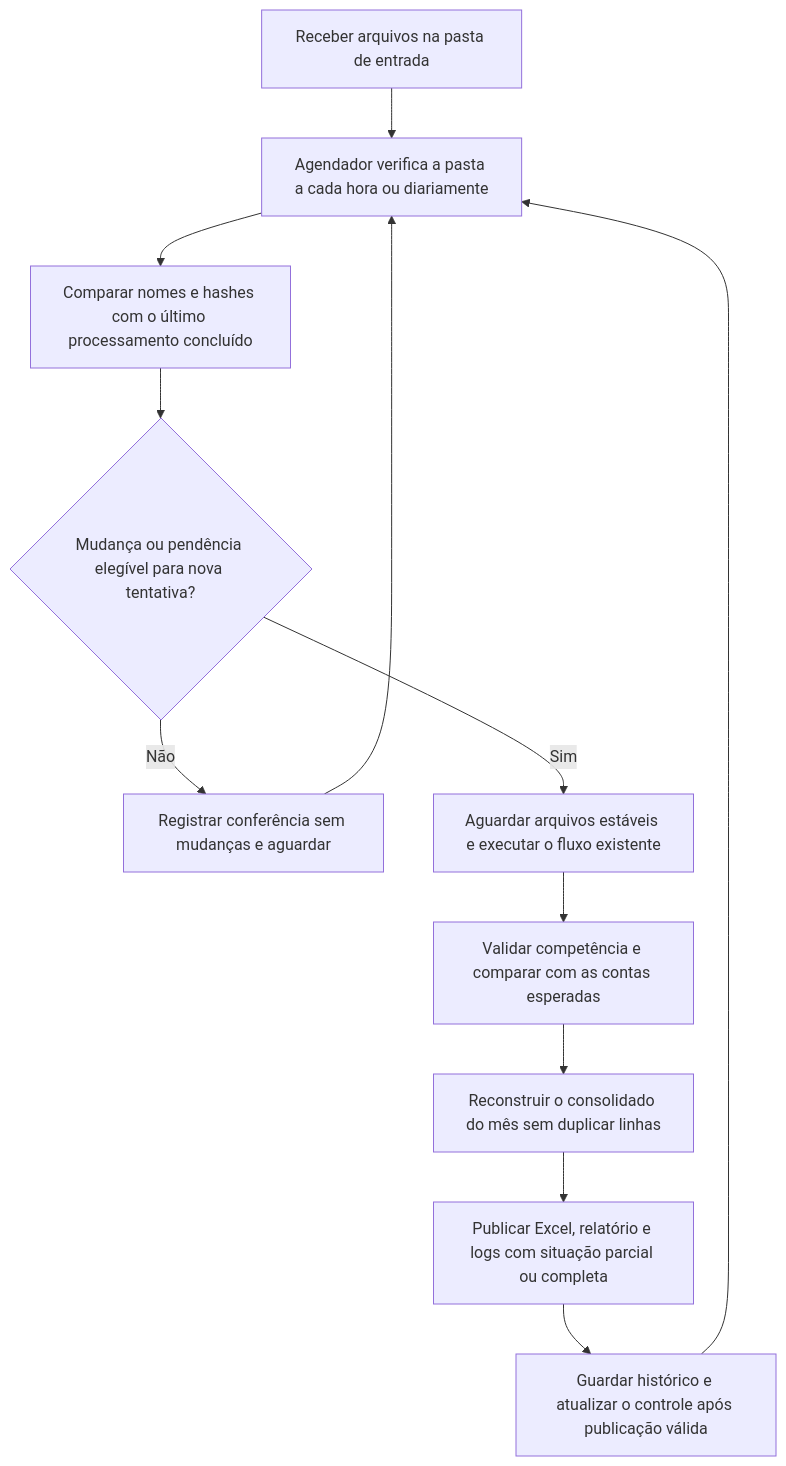
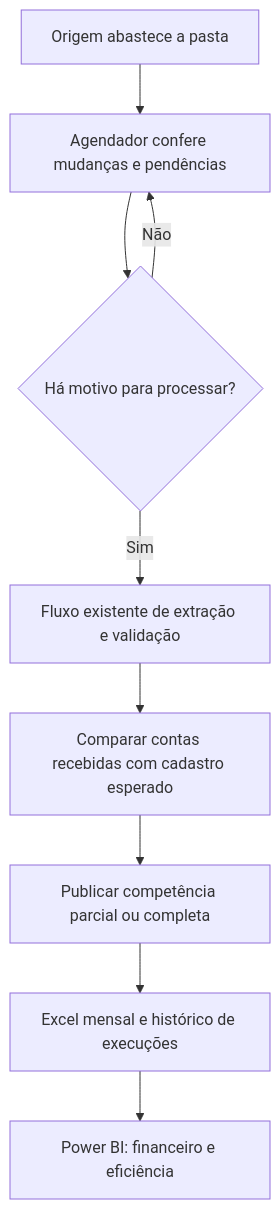
Before and after one commit to felipexxxxx/goener-case: the second of 2 diagrams in README.md, drawn with Mermaid. The commit also changed other lines of this file and 30 other files, not shown here.

````diff
--- a/README.md
+++ b/README.md
@@ -353,14 +184,11 @@
 ```mermaid
 flowchart TD
-    A[Receber arquivos na pasta de entrada] --> B[Agendador verifica a pasta a cada hora ou diariamente]
-    B --> C[Comparar nomes e hashes com o último processamento concluído]
-    C --> D{Mudança ou pendência elegível para nova tentativa?}
-    D -- Não --> E[Registrar conferência sem mudanças e aguardar]
-    E --> B
-    D -- Sim --> F[Aguardar arquivos estáveis e executar o fluxo existente]
-    F --> G[Validar competência e comparar com as contas esperadas]
-    G --> H[Reconstruir o consolidado do mês sem duplicar linhas]
-    H --> I[Publicar Excel, relatório e logs com situação parcial ou completa]
-    I --> J[Guardar histórico e atualizar o controle após publicação válida]
-    J --> B
+    A[Origem abastece a pasta] --> B[Agendador confere mudanças e pendências]
+    B --> C{Há motivo para processar?}
+    C -- Não --> B
+    C -- Sim --> D[Fluxo existente de extração e validação]
+    D --> E[Comparar contas recebidas com cadastro esperado]
+    E --> F[Publicar competência parcial ou completa]
+    F --> G[Excel mensal e histórico de execuções]
+    G --> H[Power BI: financeiro e eficiência]
 ```
````
